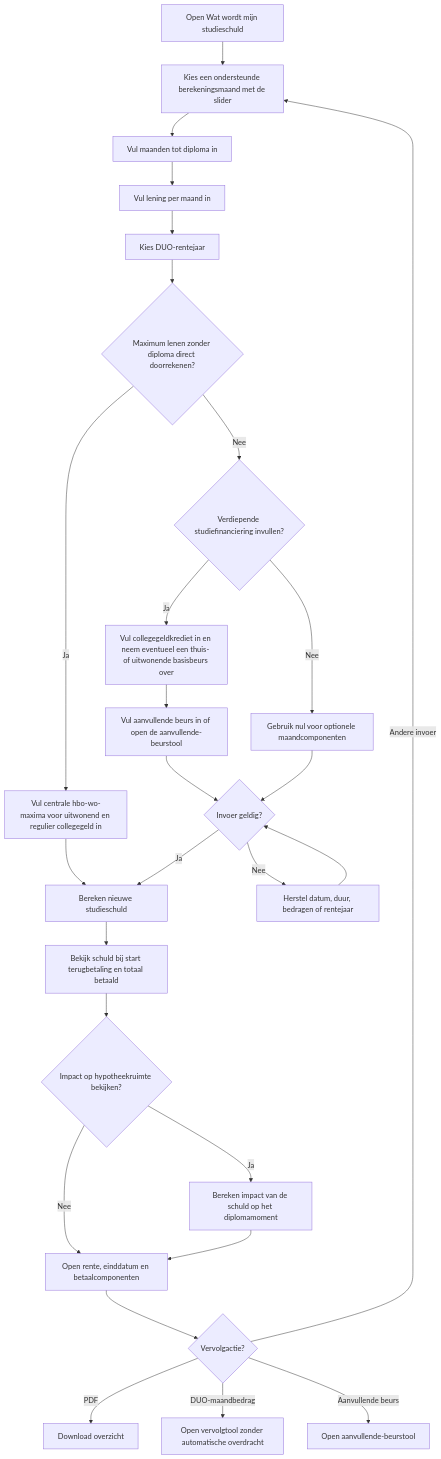
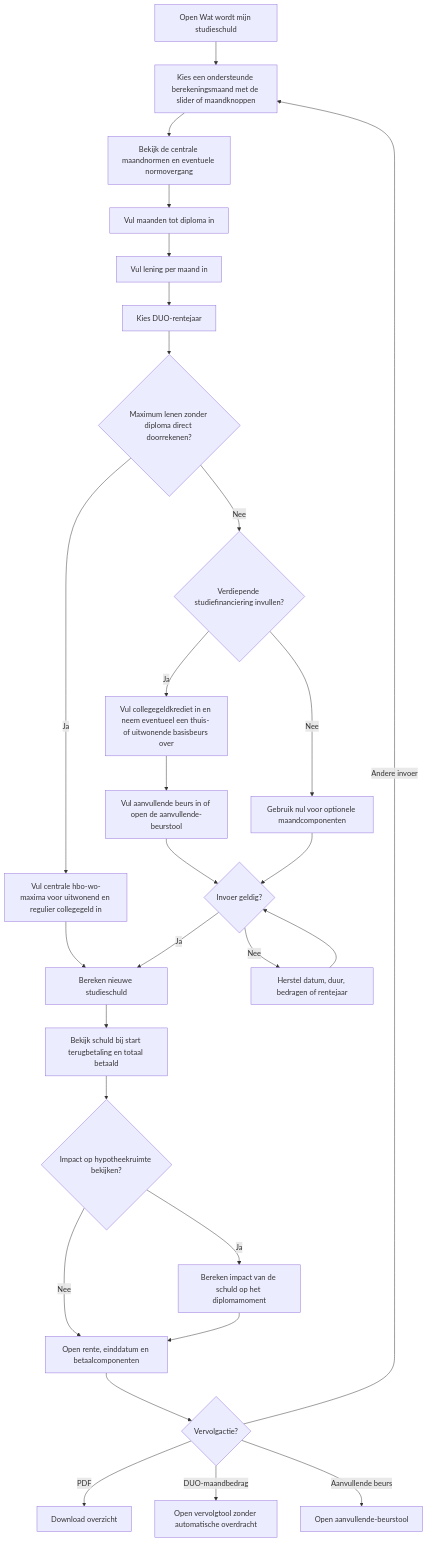
The first of 4 diagrams in apps/duo-schuld-bij-starten-lenen/PROCESS.md (oli4vos/projectwebsite), drawn with Mermaid before and after one commit. The commit also changed other lines of this file and 7 other files, not shown here.

````diff
--- a/apps/duo-schuld-bij-starten-lenen/PROCESS.md
+++ b/apps/duo-schuld-bij-starten-lenen/PROCESS.md
@@ -38,29 +38,30 @@
 ```mermaid
 flowchart TD
-  A[Open Wat wordt mijn studieschuld] --> B[Kies een ondersteunde berekeningsmaand met de slider]
-  B --> C[Vul maanden tot diploma in]
+  A[Open Wat wordt mijn studieschuld] --> B[Kies een ondersteunde berekeningsmaand met de slider of maandknoppen]
+  B --> BA[Bekijk de centrale maandnormen en eventuele normovergang]
+  BA --> C[Vul maanden tot diploma in]
   C --> D[Vul lening per maand in]
   D --> E[Kies DUO-rentejaar]
   E --> EA{Maximum lenen zonder diploma direct doorrekenen?}
   EA -->|Ja| EB[Vul centrale hbo-wo-maxima voor uitwonend en regulier collegegeld in]
   EB --> K[Bereken scenario doorstuderen zonder diploma]
   EA -->|Nee| F{Verdiepende studiefinanciering invullen?}
   F -->|Ja| G[Vul collegegeldkrediet in en neem eventueel een thuis- of uitwonende basisbeurs over]
   G --> GA[Vul aanvullende beurs in of open de aanvullende-beurstool]
   F -->|Nee| H[Gebruik nul voor optionele maandcomponenten]
   GA --> I{Invoer geldig?}
   H --> I
   I -->|Nee| J[Herstel datum, duur, bedragen of rentejaar]
   J --> I
   I -->|Ja| K[Bereken nieuwe studieschuld]
   K --> L[Bekijk schuld bij start terugbetaling en totaal betaald]
   L --> LA{Impact op hypotheekruimte bekijken?}
   LA -->|Ja| LB[Bereken impact van de schuld op het diplomamoment]
   LA -->|Nee| M[Open rente, einddatum en betaalcomponenten]
   LB --> M
   M --> N{Vervolgactie?}
   N -->|PDF| O[Download overzicht]
   N -->|Andere invoer| B
   N -->|DUO-maandbedrag| P[Open vervolgtool zonder automatische overdracht]
   N -->|Aanvullende beurs| Q[Open aanvullende-beurstool]
 ```
````
